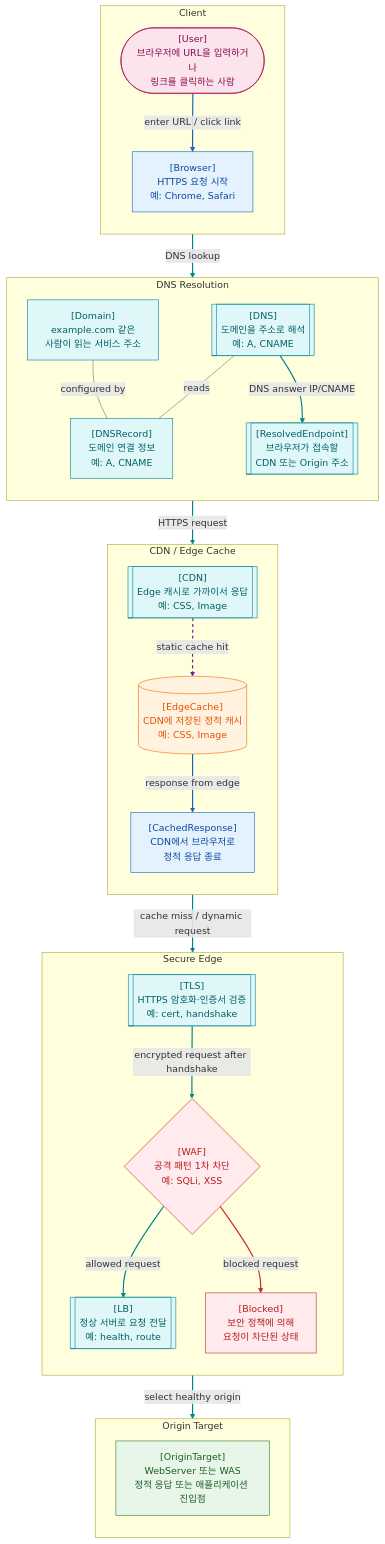
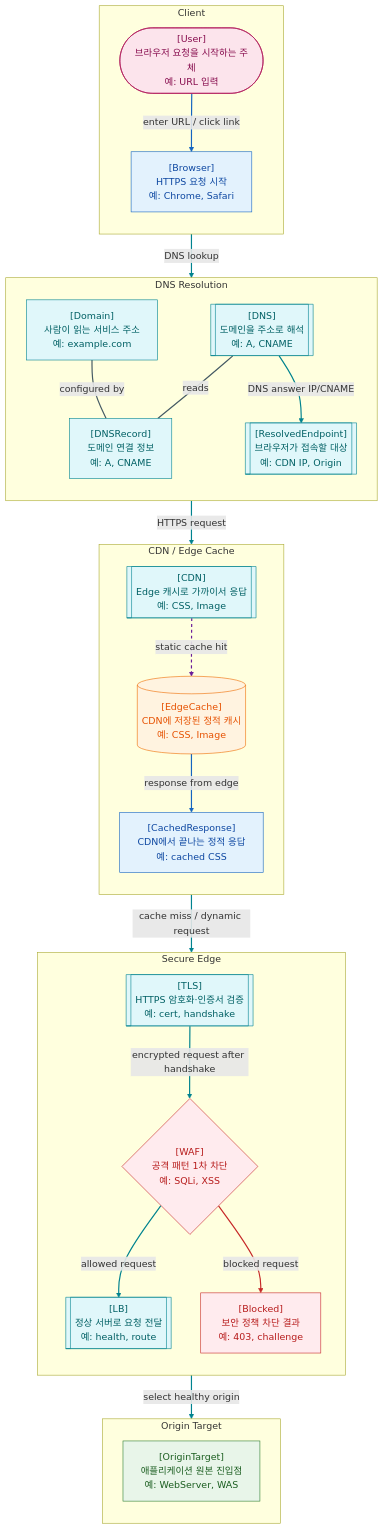
One commit to thisis-joe/thisis-joe.github.io changed the diagram in content/Web-지도/2. Edge 진입 지도 - DNS, CDN, TLS, WAF, LB.md. Above: the diagram before and after it, drawn with Mermaid. The commit also changed other lines of this file and 595 other files, not shown here.

````diff
--- a/content/Web-지도/2. Edge 진입 지도 - DNS, CDN, TLS, WAF, LB.md
+++ b/content/Web-지도/2. Edge 진입 지도 - DNS, CDN, TLS, WAF, LB.md
@@ -14,73 +14,73 @@
 ```mermaid
 flowchart TB
 
 subgraph CLIENT["Client"]
 direction TB
-USER(["[User]<br/>브라우저에 URL을 입력하거나<br/>링크를 클릭하는 사람"])
+USER(["[User]<br/>브라우저 요청을 시작하는 주체<br/>예: URL 입력"])
 BROWSER["[Browser]<br/>HTTPS 요청 시작<br/>예: Chrome, Safari"]
 end
 
 subgraph DNS_ZONE["DNS Resolution"]
 direction TB
-DOMAIN["[Domain]<br/>example.com 같은<br/>사람이 읽는 서비스 주소"]
+DOMAIN["[Domain]<br/>사람이 읽는 서비스 주소<br/>예: example.com"]
 DNS[["[DNS]<br/>도메인을 주소로 해석<br/>예: A, CNAME"]]
 RECORD["[DNSRecord]<br/>도메인 연결 정보<br/>예: A, CNAME"]
-RESOLVED[["[ResolvedEndpoint]<br/>브라우저가 접속할<br/>CDN 또는 Origin 주소"]]
+RESOLVED[["[ResolvedEndpoint]<br/>브라우저가 접속할 대상<br/>예: CDN IP, Origin"]]
 end
 
 subgraph CDN_ZONE["CDN / Edge Cache"]
 direction TB
 CDN[["[CDN]<br/>Edge 캐시로 가까이서 응답<br/>예: CSS, Image"]]
 CDNCACHE[("[EdgeCache]<br/>CDN에 저장된 정적 캐시<br/>예: CSS, Image")]
-CACHEDRESP["[CachedResponse]<br/>CDN에서 브라우저로<br/>정적 응답 종료"]
+CACHEDRESP["[CachedResponse]<br/>CDN에서 끝나는 정적 응답<br/>예: cached CSS"]
 end
 
 subgraph SECURE_EDGE["Secure Edge"]
 direction TB
 TLS[["[TLS]<br/>HTTPS 암호화·인증서 검증<br/>예: cert, handshake"]]
 WAF{"[WAF]<br/>공격 패턴 1차 차단<br/>예: SQLi, XSS"}
-BLOCK["[Blocked]<br/>보안 정책에 의해<br/>요청이 차단된 상태"]
+BLOCK["[Blocked]<br/>보안 정책 차단 결과<br/>예: 403, challenge"]
 LB[["[LB]<br/>정상 서버로 요청 전달<br/>예: health, route"]]
 end
 
 subgraph ORIGIN["Origin Target"]
 direction TB
-WEB["[OriginTarget]<br/>WebServer 또는 WAS<br/>정적 응답 또는 애플리케이션 진입점"]
+WEB["[OriginTarget]<br/>애플리케이션 원본 진입점<br/>예: WebServer, WAS"]
 end
 
 USER -->|enter URL / click link| BROWSER
 BROWSER -->|DNS lookup| DNS
 DOMAIN ---|configured by| RECORD
 DNS ---|reads| RECORD
 DNS -->|DNS answer IP/CNAME| RESOLVED
 RESOLVED -->|HTTPS request| CDN
 
 CDN -.->|static cache hit| CDNCACHE
 CDNCACHE -->|response from edge| CACHEDRESP
 
 CDN -->|cache miss / dynamic request| TLS
 TLS -->|encrypted request after handshake| WAF
 WAF -->|allowed request| LB
 WAF -->|blocked request| BLOCK
 LB -->|select healthy origin| WEB
 
 classDef actor fill:#FCE4EC,stroke:#AD1457,color:#880E4F;
 classDef client fill:#E3F2FD,stroke:#1565C0,color:#0D47A1;
 classDef edge fill:#E0F7FA,stroke:#00838F,color:#006064;
 classDef server fill:#E8F5E9,stroke:#2E7D32,color:#1B5E20;
 classDef data fill:#FFF3E0,stroke:#EF6C00,color:#E65100;
 classDef security fill:#FFEBEE,stroke:#C62828,color:#B71C1C;
 
 class USER actor;
 class BROWSER,CACHEDRESP client;
 class DOMAIN,DNS,RECORD,RESOLVED,CDN,TLS,LB edge;
 class WEB server;
 class CDNCACHE data;
 class WAF,BLOCK security;
 
 linkStyle 0,7 stroke:#1565C0,stroke-width:2px;
 linkStyle 1,4,5,8,9,10,12 stroke:#00838F,stroke-width:2px;
-linkStyle 2,3 stroke:#9E9E9E,stroke-width:1.5px;
+linkStyle 2,3 stroke:#455A64,stroke-width:2px;
 linkStyle 6 stroke:#6A1B9A,stroke-width:2px,stroke-dasharray:5 5;
 linkStyle 11 stroke:#C62828,stroke-width:2px;
 ```
````
